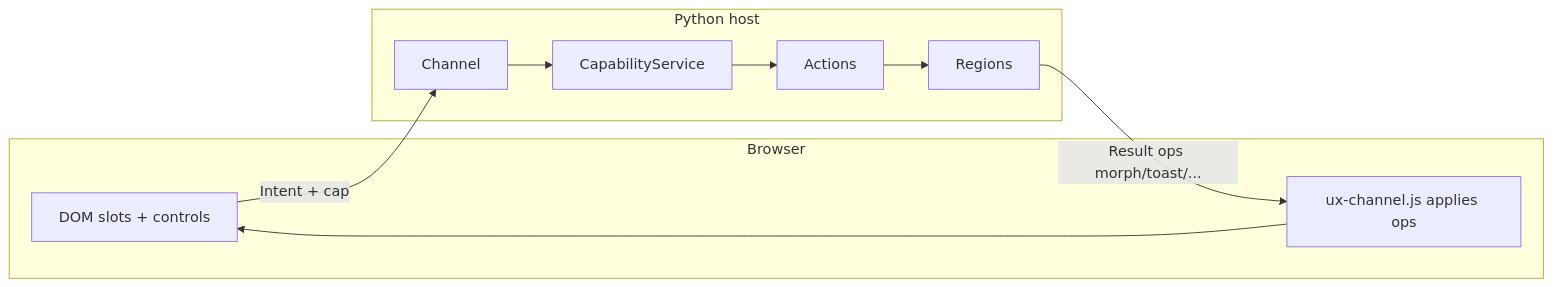
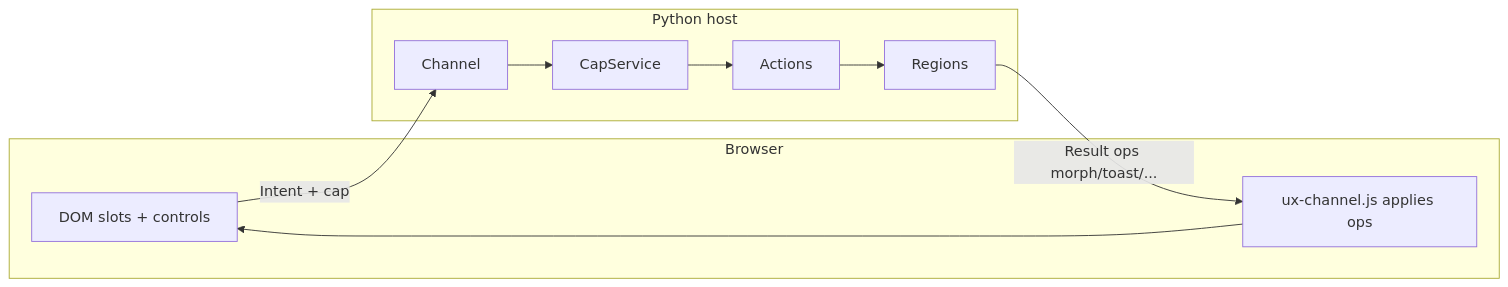
The diagram in python/ONTOLOGY.md (bitplorer/ux-channel), drawn with Mermaid before and after one commit. The commit also changed other lines of this file and 106 other files, not shown here.

````diff
--- a/python/ONTOLOGY.md
+++ b/python/ONTOLOGY.md
@@ -32,19 +32,19 @@
 ```mermaid
 flowchart LR
   subgraph CLIENT["Browser"]
     UI[DOM slots + controls]
     JS[ux-channel.js applies ops]
   end
   subgraph SERVER["Python host"]
     CH[Channel]
     REG[Regions]
     ACT[Actions]
-    CAP[CapabilityService]
+    CAP[CapService]
   end
   UI -->|Intent + cap| CH
   CH --> CAP
   CAP --> ACT
   ACT --> REG
   REG -->|Result ops morph/toast/...| JS
   JS --> UI
 ```
````
